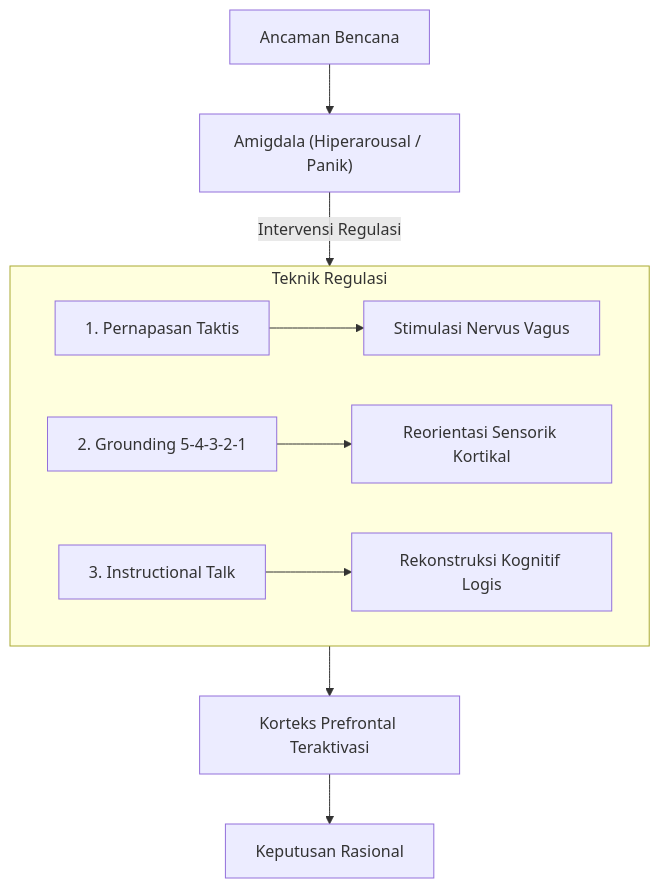
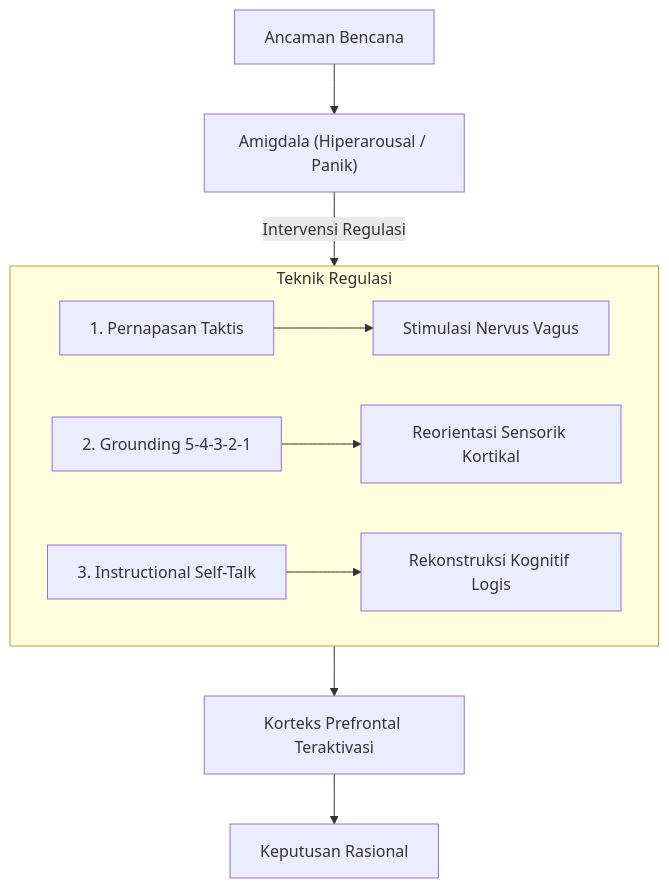
The first of 3 diagrams in books/psikologi-bencana-dan-manajemen-panik/src/content/05_teknik-manajemen-panik-dan-regulasi-diri.md (belajarcarabelajar/dawnbook), drawn with Mermaid before and after one commit. The commit also changed other lines of this file and 17 other files, not shown here.

Commit message:
content(books): apply the audit fixes to psikologi-bencana-dan-manajemen-panik

````diff
--- a/books/psikologi-bencana-dan-manajemen-panik/src/content/05_teknik-manajemen-panik-dan-regulasi-diri.md
+++ b/books/psikologi-bencana-dan-manajemen-panik/src/content/05_teknik-manajemen-panik-dan-regulasi-diri.md
@@ -9,14 +9,14 @@
 ```mermaid
 flowchart TD
     accTitle: Skema regulasi sistem saraf otonom
-    accDescr: Ancaman bencana memicu amigdala dalam hiperarousal atau panik. Lewat intervensi regulasi, tiga teknik bekerja, yaitu pernapasan taktis menuju stimulasi nervus vagus, grounding 5-4-3-2-1 menuju reorientasi sensorik kortikal, dan instructional talk menuju rekonstruksi kognitif logis, lalu korteks prefrontal teraktivasi dan menghasilkan keputusan rasional.
+    accDescr: Ancaman bencana memicu amigdala dalam hiperarousal atau panik. Lewat intervensi regulasi, tiga teknik bekerja, yaitu pernapasan taktis menuju stimulasi nervus vagus, grounding 5-4-3-2-1 menuju reorientasi sensorik kortikal, dan instructional self-talk menuju rekonstruksi kognitif logis, lalu korteks prefrontal teraktivasi dan menghasilkan keputusan rasional.
     A["Ancaman Bencana"] --> B["Amigdala (Hiperarousal / Panik)"]
     B -->|"Intervensi Regulasi"| T
     subgraph T["Teknik Regulasi"]
         T1["1. Pernapasan Taktis"] --> H1["Stimulasi Nervus Vagus"]
         T2["2. Grounding 5-4-3-2-1"] --> H2["Reorientasi Sensorik Kortikal"]
-        T3["3. Instructional Talk"] --> H3["Rekonstruksi Kognitif Logis"]
+        T3["3. Instructional Self-Talk"] --> H3["Rekonstruksi Kognitif Logis"]
     end
     T --> K["Korteks Prefrontal Teraktivasi"]
     K --> R["Keputusan Rasional"]
 ```
````
